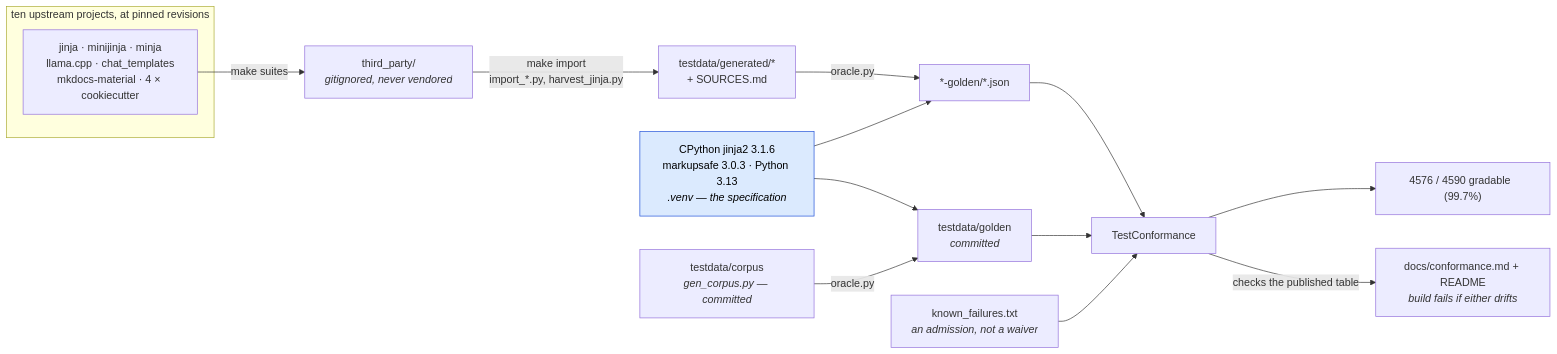
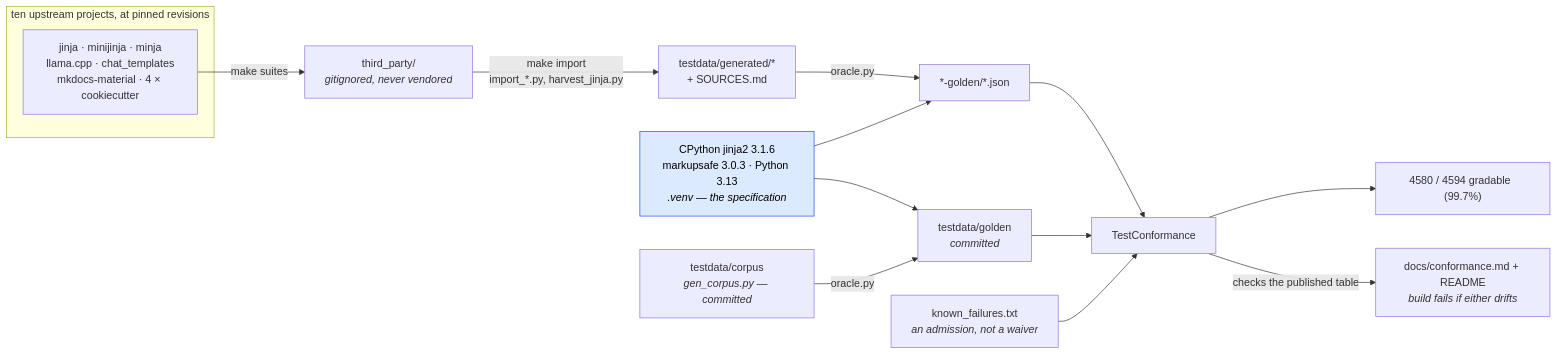
The first of 2 diagrams in docs/conformance.md (mgilbir/gojja2), drawn with Mermaid before and after one commit. The commit also changed other lines of this file and 16 other files, not shown here.

````diff
--- a/docs/conformance.md
+++ b/docs/conformance.md
@@ -17,24 +17,24 @@
 ```mermaid
 flowchart LR
     subgraph up["ten upstream projects, at pinned revisions"]
         U1["jinja · minijinja · minja<br/>llama.cpp · chat_templates<br/>mkdocs-material · 4 × cookiecutter"]
     end
     U1 -->|"make suites"| TP["third_party/<br/><i>gitignored, never vendored</i>"]
     TP -->|"make import<br/>import_*.py, harvest_jinja.py"| GEN["testdata/generated/*<br/>+ SOURCES.md"]
 
     ORA["CPython jinja2 3.1.6<br/>markupsafe 3.0.3 · Python 3.13<br/><i>.venv — the specification</i>"]
     GEN -->|"oracle.py"| G2["*-golden/*.json"]
     ORA --> G2
 
     OWN["testdata/corpus<br/><i>gen_corpus.py — committed</i>"] -->|"oracle.py"| G1["testdata/golden<br/><i>committed</i>"]
     ORA --> G1
 
     G1 --> TC["TestConformance"]
     G2 --> TC
     KF["known_failures.txt<br/><i>an admission, not a waiver</i>"] --> TC
-    TC --> RATE["4576 / 4590 gradable  (99.7%)"]
+    TC --> RATE["4580 / 4594 gradable  (99.7%)"]
     TC -->|"checks the published table"| RM["docs/conformance.md + README<br/><i>build fails if either drifts</i>"]
 
     classDef spec fill:#dbeafe,stroke:#1d4ed8,color:#000
     class ORA spec
 ```
````
